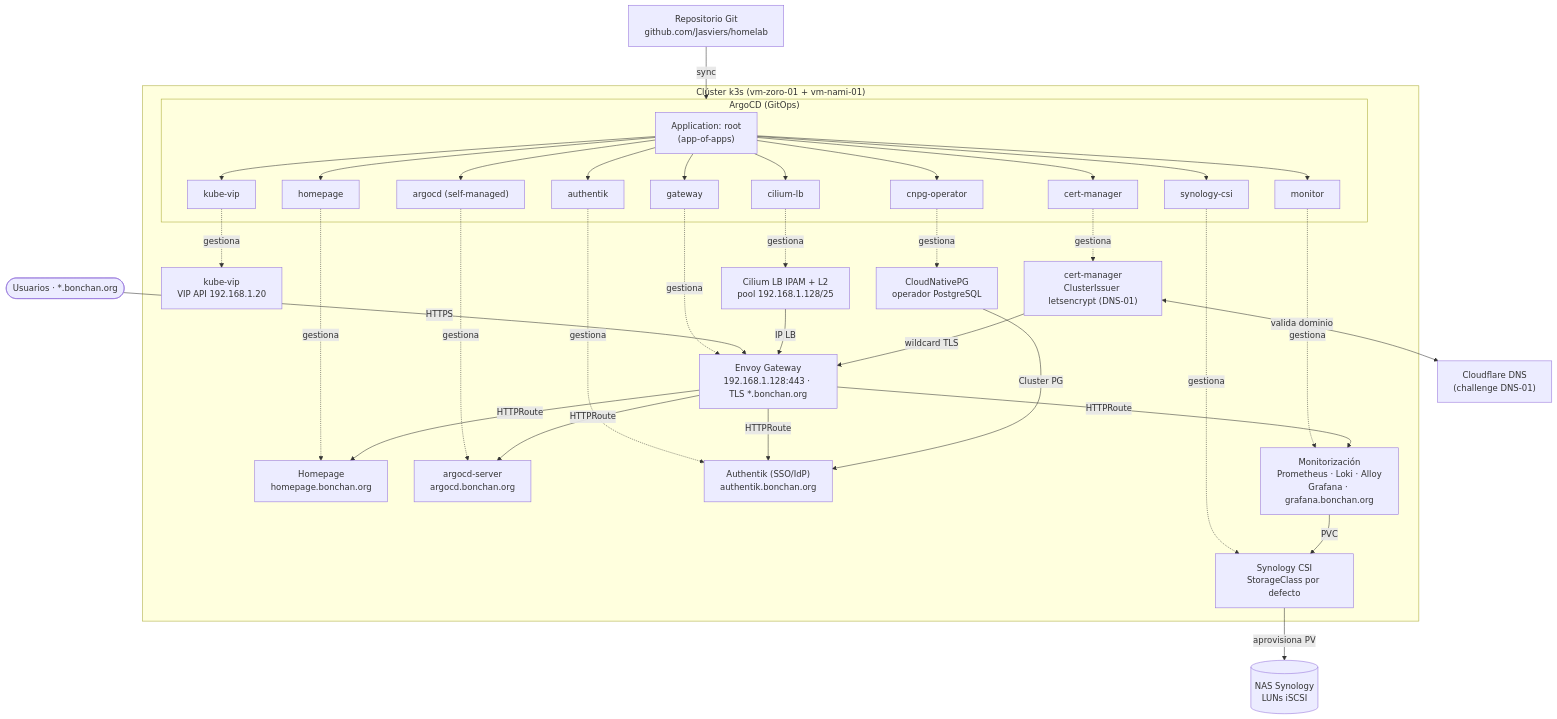
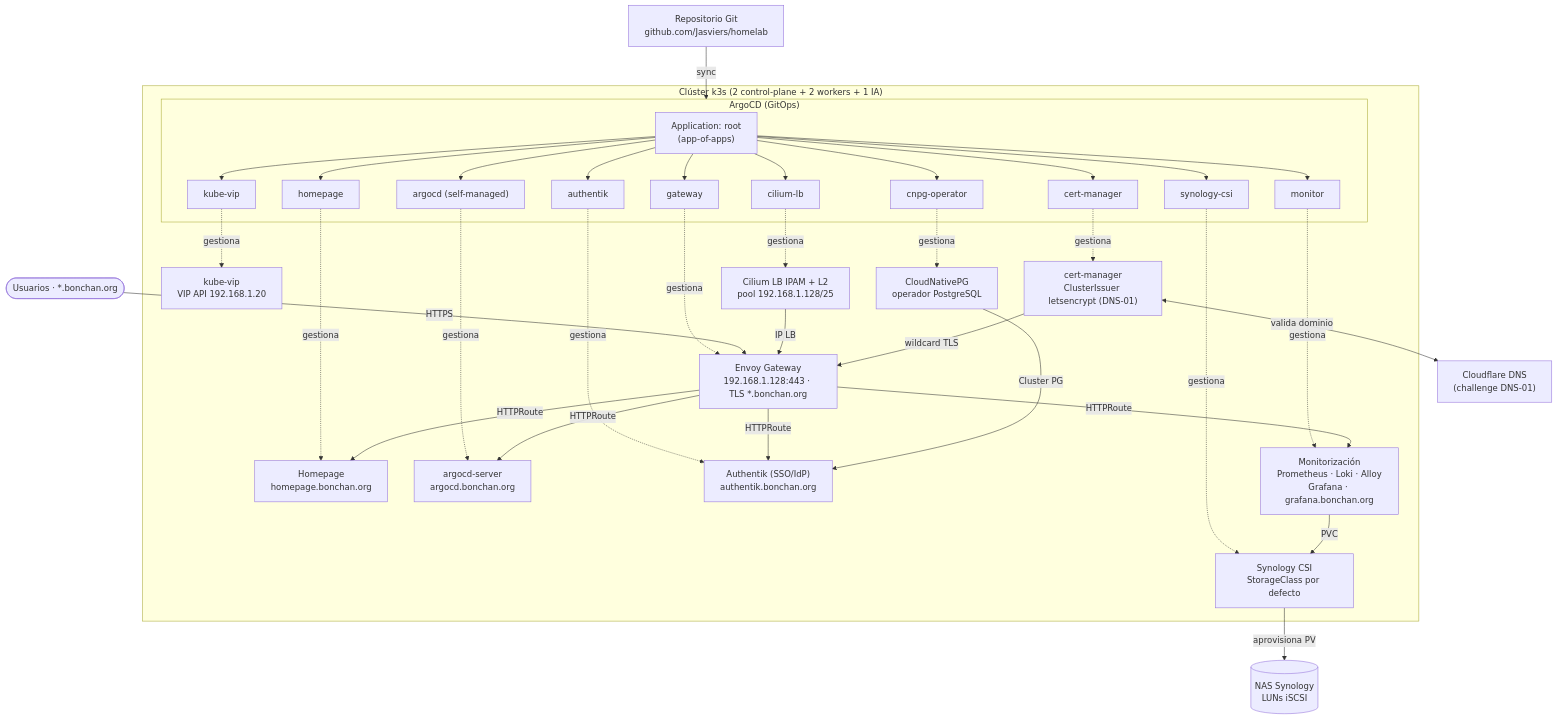
One commit to Jasviers/homelab changed the second of 2 diagrams in README.md. Above: the diagram before and after it, drawn with Mermaid. The commit also changed other lines of this file and 13 other files, not shown here.

Commit message:
feat: change vm architecture to have 2 vms to control plane, 2 workers and 1 worker for AI

````diff
--- a/README.md
+++ b/README.md
@@ -163,59 +176,59 @@
 ```mermaid
 flowchart TB
     repo["Repositorio Git<br/>github.com/Jasviers/homelab"]
 
-    subgraph k3s["Clúster k3s (vm-zoro-01 + vm-nami-01)"]
+    subgraph k3s["Clúster k3s (2 control-plane + 2 workers + 1 IA)"]
         subgraph argocd["ArgoCD (GitOps)"]
             root["Application: root<br/>(app-of-apps)"]
             root --> appKubevip[kube-vip]
             root --> appCiliumLb[cilium-lb]
             root --> appCert[cert-manager]
             root --> appGw[gateway]
             root --> appCsi[synology-csi]
             root --> appCnpg[cnpg-operator]
             root --> appAuth[authentik]
             root --> appMon[monitor]
             root --> appHome[homepage]
             root --> appArgo["argocd (self-managed)"]
         end
 
         kubevip["kube-vip<br/>VIP API 192.168.1.20"]
         ciliumLb["Cilium LB IPAM + L2<br/>pool 192.168.1.128/25"]
         cert["cert-manager<br/>ClusterIssuer letsencrypt (DNS-01)"]
         gateway["Envoy Gateway<br/>192.168.1.128:443 · TLS *.bonchan.org"]
         homepage["Homepage<br/>homepage.bonchan.org"]
         argoUI["argocd-server<br/>argocd.bonchan.org"]
         csi["Synology CSI<br/>StorageClass por defecto"]
         cnpg["CloudNativePG<br/>operador PostgreSQL"]
         authentik["Authentik (SSO/IdP)<br/>authentik.bonchan.org"]
         monitor["Monitorización<br/>Prometheus · Loki · Alloy<br/>Grafana · grafana.bonchan.org"]
     end
 
     nas[("NAS Synology<br/>LUNs iSCSI")]
     cloudflare["Cloudflare DNS<br/>(challenge DNS-01)"]
     users([Usuarios · *.bonchan.org])
 
     repo -->|sync| argocd
     appKubevip -.->|gestiona| kubevip
     appCiliumLb -.->|gestiona| ciliumLb
     appCert -.->|gestiona| cert
     appGw -.->|gestiona| gateway
     appHome -.->|gestiona| homepage
     appArgo -.->|gestiona| argoUI
     appCsi -.->|gestiona| csi
     appCnpg -.->|gestiona| cnpg
     appAuth -.->|gestiona| authentik
     appMon -.->|gestiona| monitor
 
     users -->|HTTPS| gateway
     gateway -->|HTTPRoute| homepage
     gateway -->|HTTPRoute| argoUI
     gateway -->|HTTPRoute| authentik
     gateway -->|HTTPRoute| monitor
     ciliumLb -->|IP LB| gateway
     cert <-->|valida dominio| cloudflare
     cert -->|wildcard TLS| gateway
     cnpg -->|Cluster PG| authentik
     csi -->|aprovisiona PV| nas
     monitor -->|PVC| csi
 ```
````
